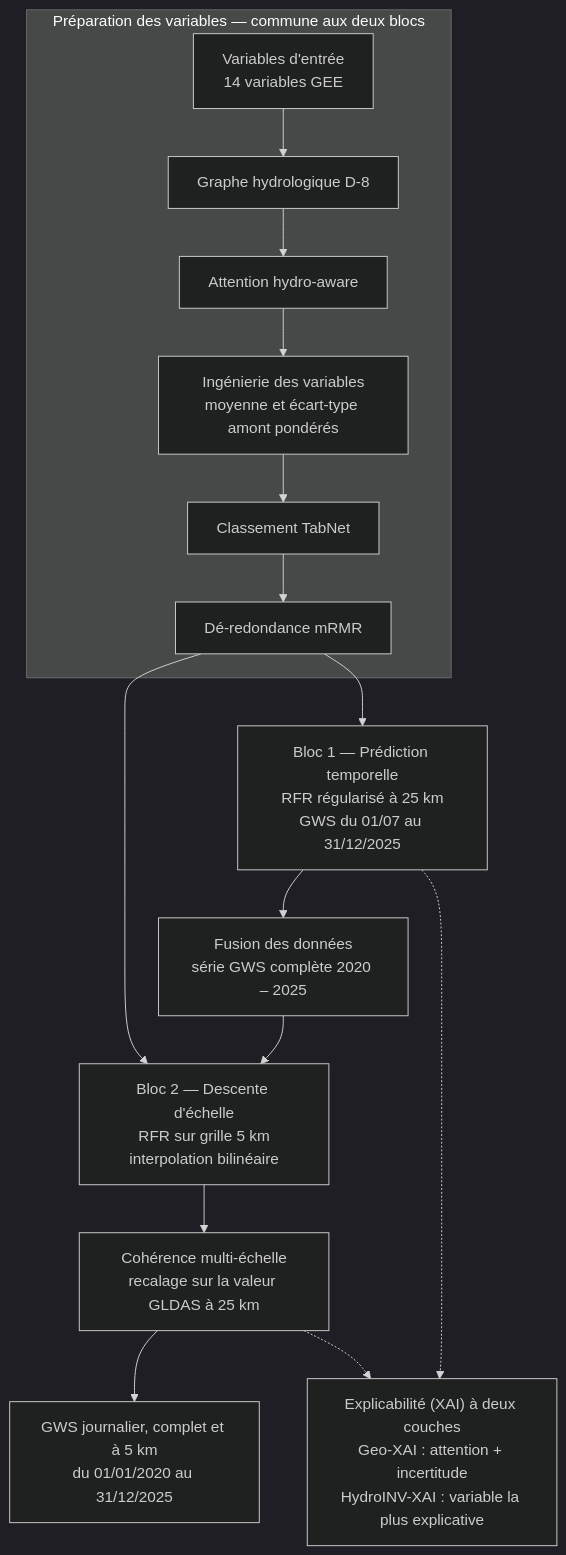
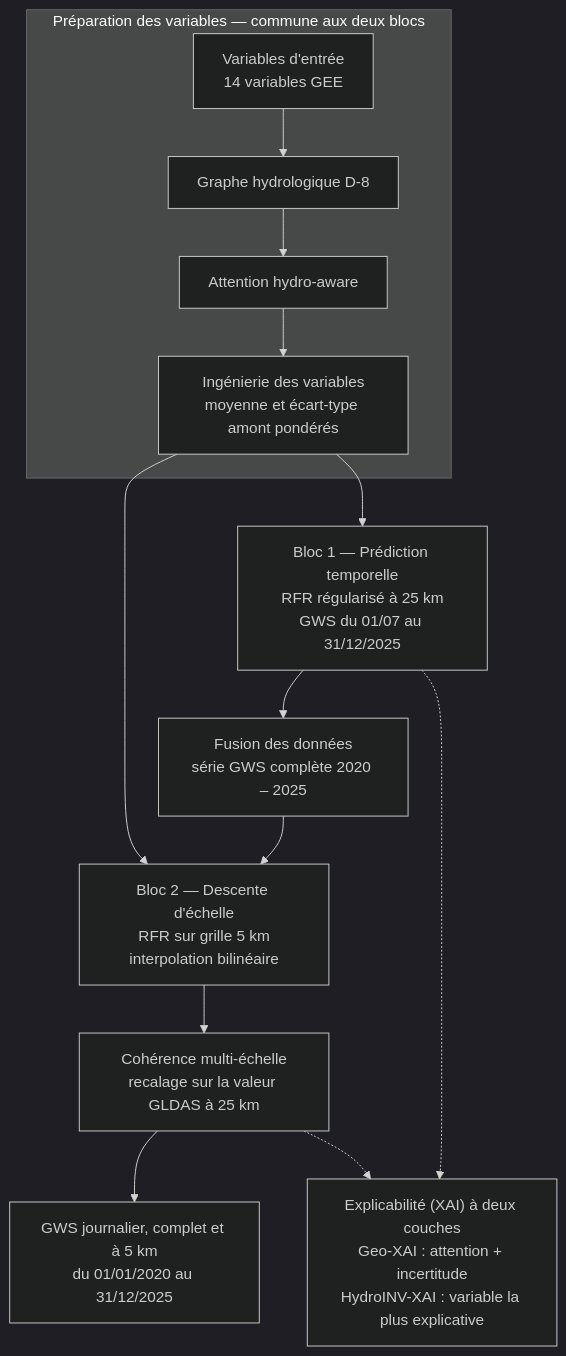
One commit to BOUTAYEBAnasse/GWS-Oum-Errabie changed the diagram in README.md. Above: the diagram before and after it, drawn with Mermaid (dark theme). The commit also changed other lines of this file, not shown here.

````diff
--- a/README.md
+++ b/README.md
@@ -98,18 +98,16 @@
 ```mermaid
 flowchart TD
     subgraph PREP["Préparation des variables — commune aux deux blocs"]
         A["Variables d'entrée<br/>14 variables GEE"] --> B["Graphe hydrologique D-8"]
         B --> C["Attention hydro-aware"]
         C --> D["Ingénierie des variables<br/>moyenne et écart-type amont pondérés"]
-        D --> E["Classement TabNet"]
-        E --> F["Dé-redondance mRMR"]
     end
-    F --> G["Bloc 1 — Prédiction temporelle<br/>RFR régularisé à 25 km<br/>GWS du 01/07 au 31/12/2025"]
+    D --> G["Bloc 1 — Prédiction temporelle<br/>RFR régularisé à 25 km<br/>GWS du 01/07 au 31/12/2025"]
     G --> H["Fusion des données<br/>série GWS complète 2020 – 2025"]
     H --> I["Bloc 2 — Descente d'échelle<br/>RFR sur grille 5 km<br/>interpolation bilinéaire"]
-    F --> I
+    D --> I
     I --> J["Cohérence multi-échelle<br/>recalage sur la valeur GLDAS à 25 km"]
     J --> K["GWS journalier, complet et à 5 km<br/>du 01/01/2020 au 31/12/2025"]
     G -.-> X["Explicabilité (XAI) à deux couches<br/>Geo-XAI : attention + incertitude<br/>HydroINV-XAI : variable la plus explicative"]
     J -.-> X
 ```
````
